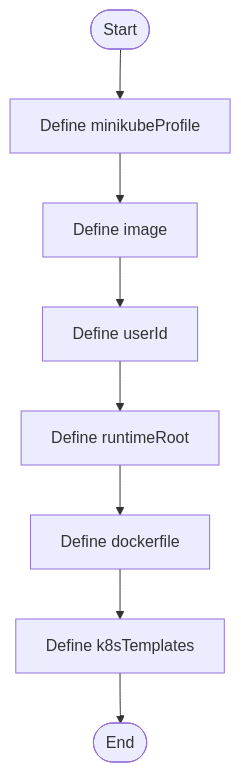
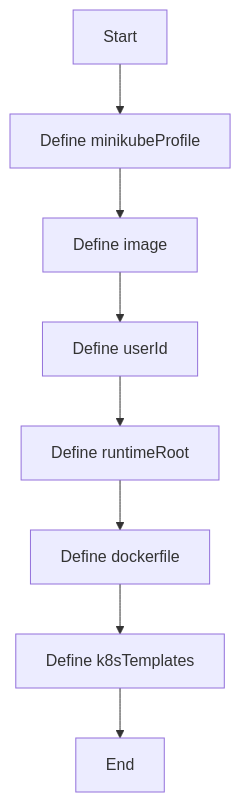
The diagram in docs/Codebase/Infrastructure/session-orchestration/installer.config.json.md (JohnAndrewBalbarosa/NeoTerritory), drawn with Mermaid before and after one commit. The commit also changed other lines of this file and 752 other files, not shown here.

````diff
--- a/docs/Codebase/Infrastructure/session-orchestration/installer.config.json.md
+++ b/docs/Codebase/Infrastructure/session-orchestration/installer.config.json.md
@@ -34,18 +22,18 @@
 ```mermaid
 flowchart TD
-    Start([Start])
-    N0[Define minikubeProfile]
-    N1[Define image]
-    N2[Define userId]
-    N3[Define runtimeRoot]
-    N4[Define dockerfile]
-    N5[Define k8sTemplates]
-    End([End])
+    Start["Start"]
+    N0["Define minikubeProfile"]
+    N1["Define image"]
+    N2["Define userId"]
+    N3["Define runtimeRoot"]
+    N4["Define dockerfile"]
+    N5["Define k8sTemplates"]
+    End["End"]
     Start --> N0
     N0 --> N1
     N1 --> N2
     N2 --> N3
     N3 --> N4
     N4 --> N5
     N5 --> End
 ```
````
